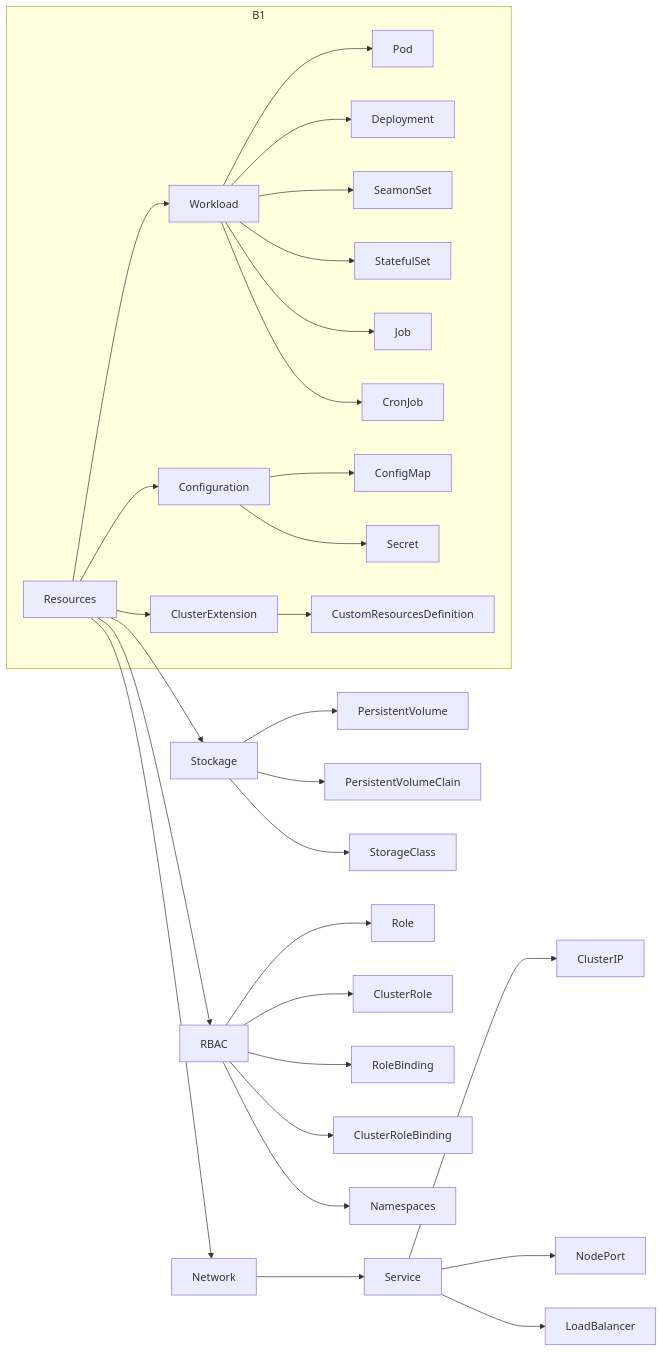
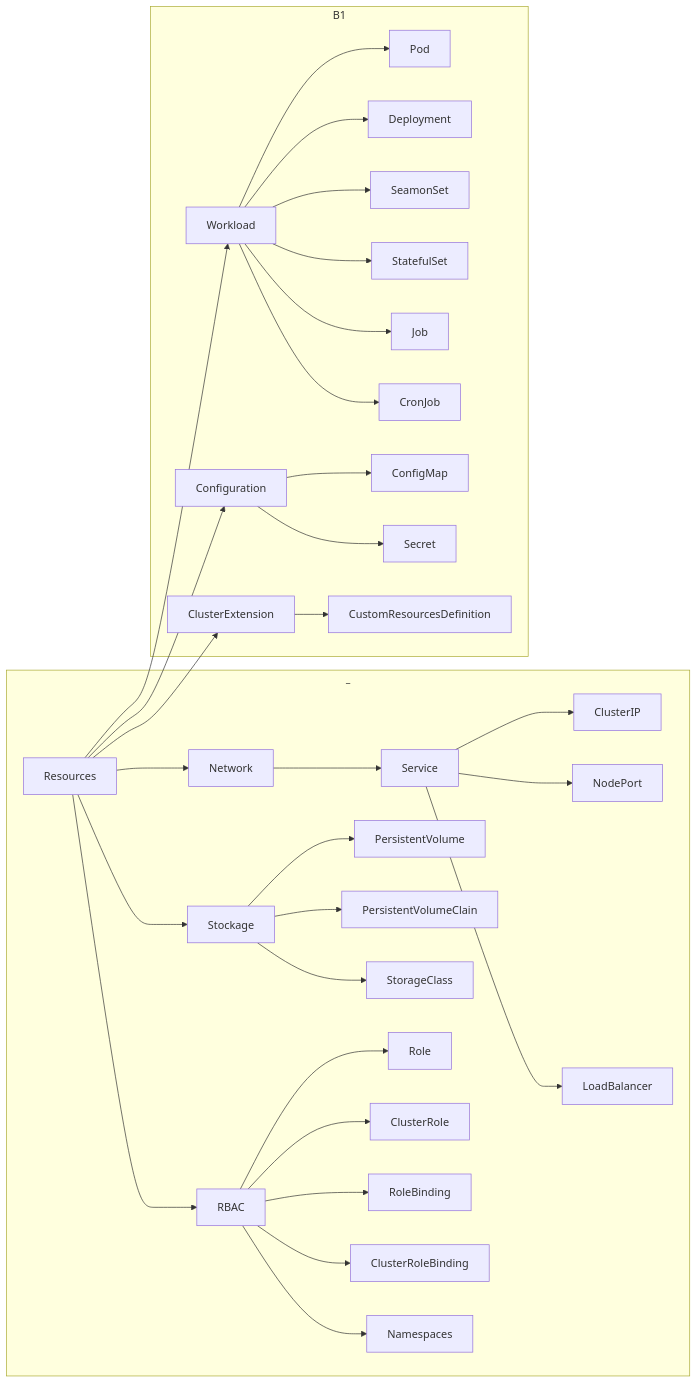
One commit to babelcodes/containerization changed the diagram in kubernetes/README.md. Above: the diagram before and after it, drawn with Mermaid.

Commit message:
feat(kubernetes): resources mindmap #11

````diff
--- a/kubernetes/README.md
+++ b/kubernetes/README.md
@@ -85,38 +85,40 @@
 ```mermaid
 flowchart LR
-    Resources --> Network
-    Network --> Service
-    Service --> ClusterIP
-    Service --> NodePort
-    Service --> LoadBalancer
-    
-    Resources --> Stockage
-    Stockage --> PersistentVolume
-    Stockage --> PersistentVolumeClain
-    Stockage --> StorageClass
-    
-    Resources --> RBAC
-    RBAC --> Role
-    RBAC --> ClusterRole
-    RBAC --> RoleBinding
-    RBAC --> ClusterRoleBinding
-    RBAC --> Namespaces
+    subgraph _
+      Resources --> Network
+      Network --> Service
+      Service --> ClusterIP
+      Service --> NodePort
+      Service --> LoadBalancer
+      
+      Resources --> Stockage
+      Stockage --> PersistentVolume
+      Stockage --> PersistentVolumeClain
+      Stockage --> StorageClass
+      
+      Resources --> RBAC
+      RBAC --> Role
+      RBAC --> ClusterRole
+      RBAC --> RoleBinding
+      RBAC --> ClusterRoleBinding
+      RBAC --> Namespaces
+    end
     
     direction RL
     subgraph B1
       Resources --> Workload
       Workload --> Pod
       Workload --> Deployment
       Workload --> SeamonSet
       Workload --> StatefulSet
       Workload --> Job
       Workload --> CronJob
   
       Resources --> Configuration
       Configuration --> ConfigMap
       Configuration --> Secret
   
       Resources --> ClusterExtension
       ClusterExtension --> CustomResourcesDefinition
     end
 ```
````
